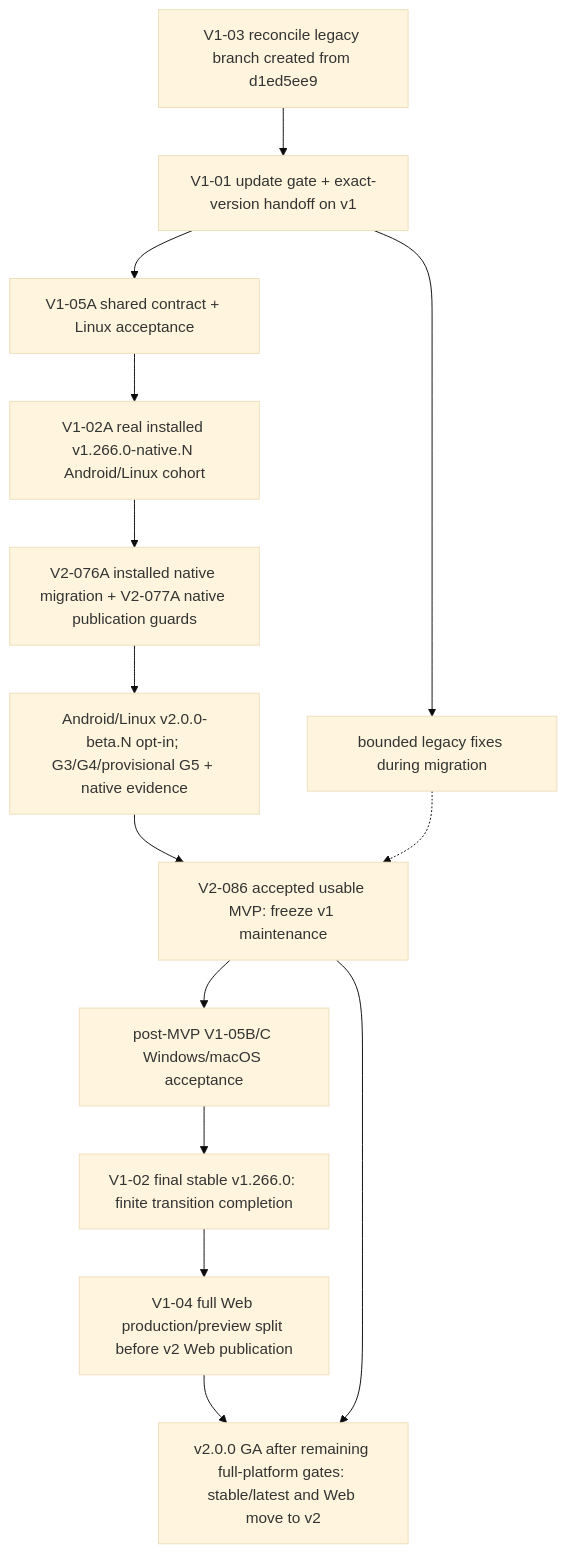
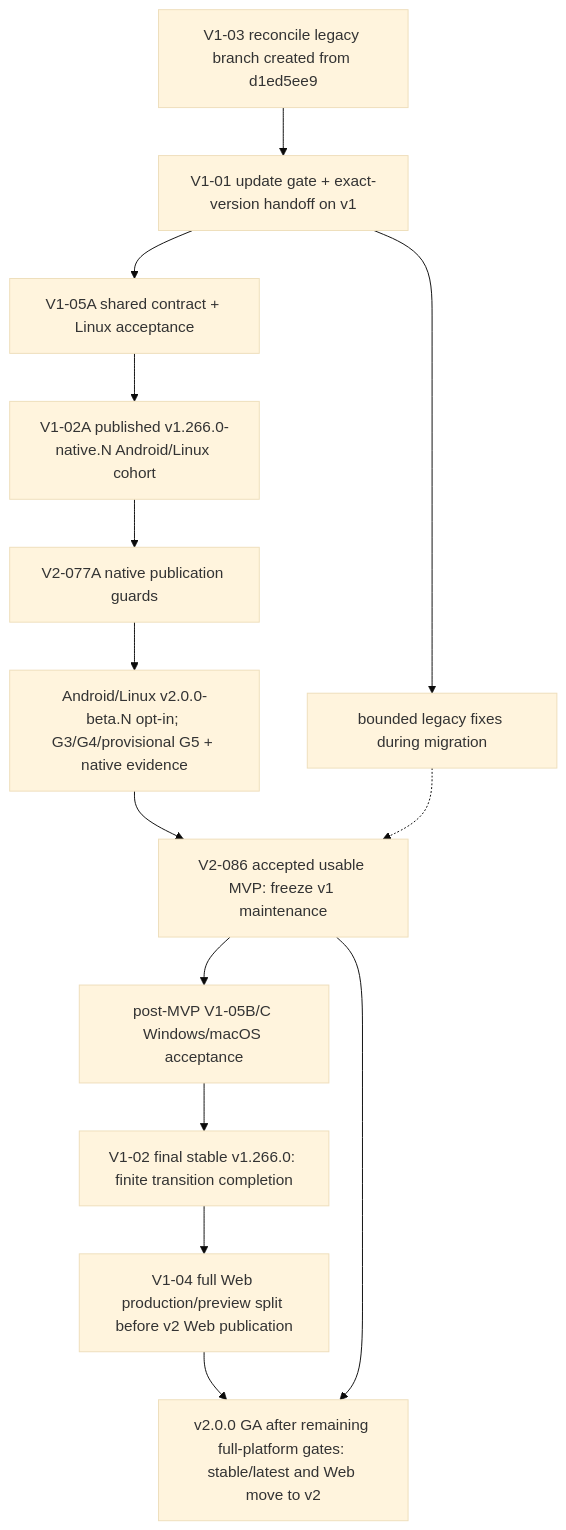
One commit to verseles/codewalk changed the third of 3 diagrams in v2-plan.md. Above: the diagram before and after it, drawn with Mermaid (base theme). The commit also changed other lines of this file and 3 other files, not shown here.

````diff
--- a/v2-plan.md
+++ b/v2-plan.md
@@ -1042,16 +1043,16 @@
 ```mermaid
 flowchart TD
   C["V1-03 reconcile legacy branch created from d1ed5ee9"] --> A["V1-01 update gate + exact-version handoff on v1"]
   A --> I["V1-05A shared contract + Linux acceptance"]
-  I --> N["V1-02A real installed v1.266.0-native.N Android/Linux cohort"]
-  N --> U["V2-076A installed native migration + V2-077A native publication guards"]
+  I --> N["V1-02A published v1.266.0-native.N Android/Linux cohort"]
+  N --> U["V2-077A native publication guards"]
   U --> F["Android/Linux v2.0.0-beta.N opt-in; G3/G4/provisional G5 + native evidence"]
   F --> M["V2-086 accepted usable MVP: freeze v1 maintenance"]
   A --> P["bounded legacy fixes during migration"]
   P -.-> M
   M --> W["post-MVP V1-05B/C Windows/macOS acceptance"]
   W --> B["V1-02 final stable v1.266.0: finite transition completion"]
   B --> D["V1-04 full Web production/preview split before v2 Web publication"]
   D --> G["v2.0.0 GA after remaining full-platform gates: stable/latest and Web move to v2"]
   M --> G
 ```
````
